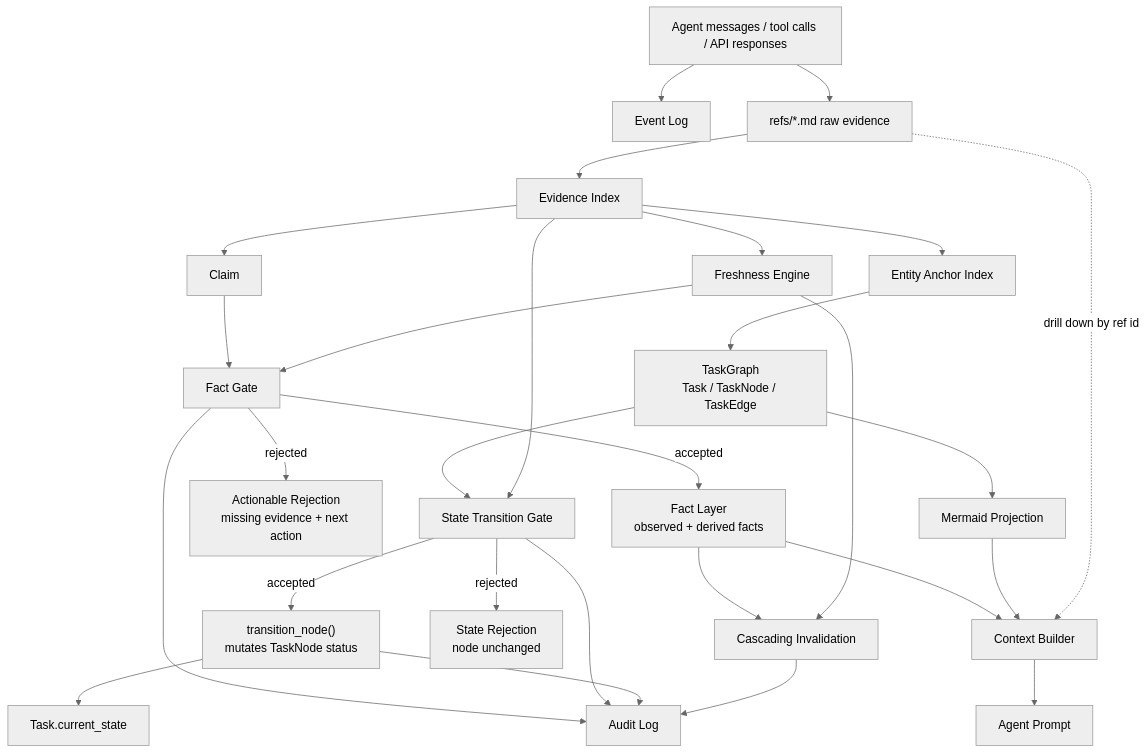
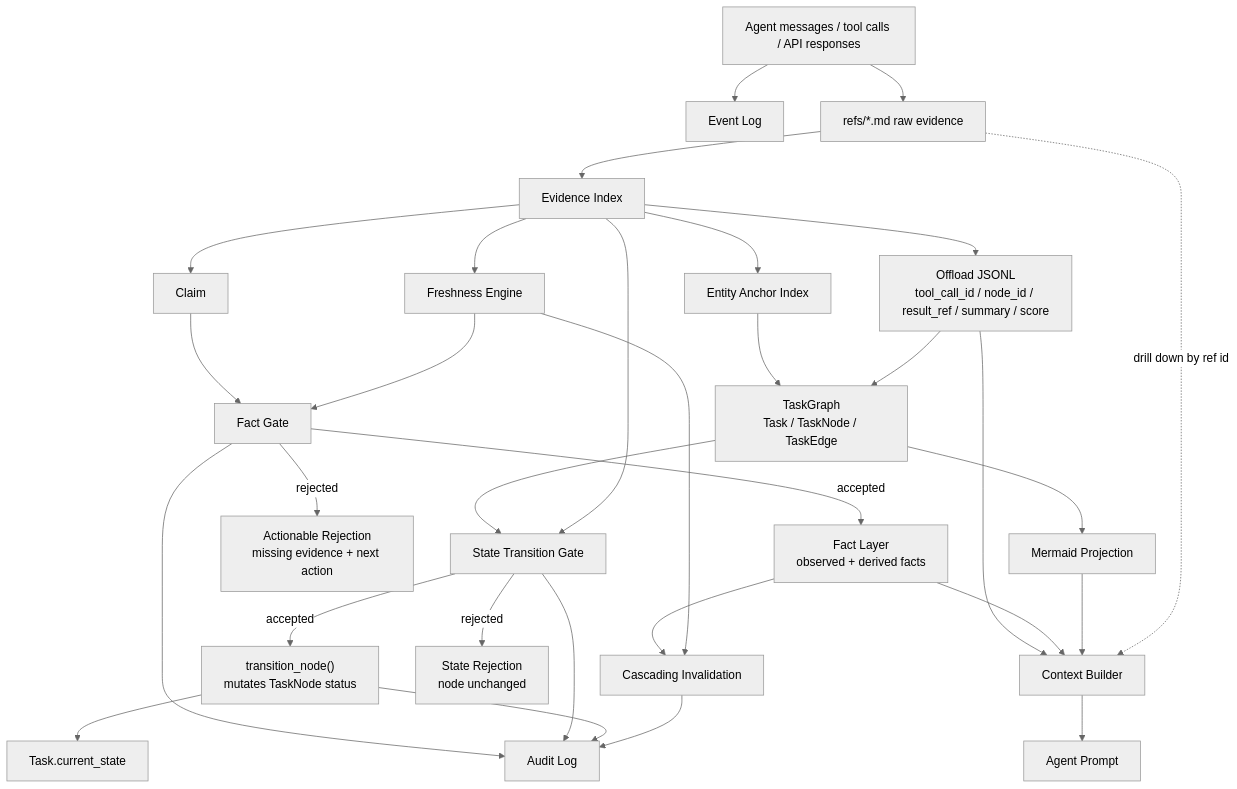
The diagram in docs/architecture.md (yushui2022/Evidence-Gated-Memory), drawn with Mermaid (neutral theme) before and after one commit. The commit also changed other lines of this file and 6 other files, not shown here.

Commit message:
feat: add offload jsonl index

````diff
--- a/docs/architecture.md
+++ b/docs/architecture.md
@@ -76,36 +77,39 @@
 ```mermaid
 flowchart TD
     A["Agent messages / tool calls / API responses"] --> E0["Event Log"]
     A --> R["refs/*.md raw evidence"]
 
     R --> EI["Evidence Index"]
+    EI --> O["Offload JSONL<br/>tool_call_id / node_id / result_ref / summary / score"]
     EI --> EN["Entity Anchor Index"]
     EN --> TG["TaskGraph<br/>Task / TaskNode / TaskEdge"]
+    O --> TG
 
     EI --> C["Claim"]
     C --> G["Fact Gate"]
     G -->|"accepted"| F["Fact Layer<br/>observed + derived facts"]
     G -->|"rejected"| AR["Actionable Rejection<br/>missing evidence + next action"]
 
     F --> CI["Cascading Invalidation"]
     EI --> FR["Freshness Engine"]
     FR --> G
     FR --> CI
 
     TG --> SG["State Transition Gate"]
     EI --> SG
     SG -->|"accepted"| TN["transition_node()<br/>mutates TaskNode status"]
     SG -->|"rejected"| SR["State Rejection<br/>node unchanged"]
     TN --> TS["Task.current_state"]
 
     TG --> M["Mermaid Projection"]
-    F --> CX["Context Builder"]
+    O --> CX["Context Builder"]
+    F --> CX
     M --> CX
     R -. "drill down by ref id" .-> CX
     CX --> P["Agent Prompt"]
 
     G --> AU["Audit Log"]
     SG --> AU
     TN --> AU
     CI --> AU
 ```
````
